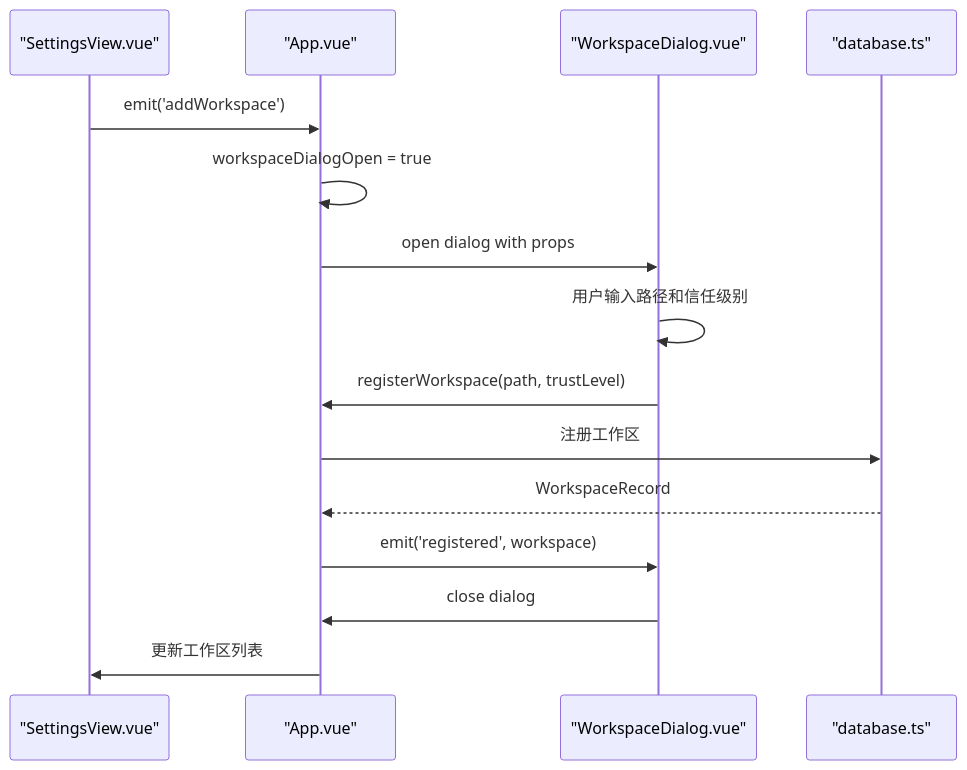
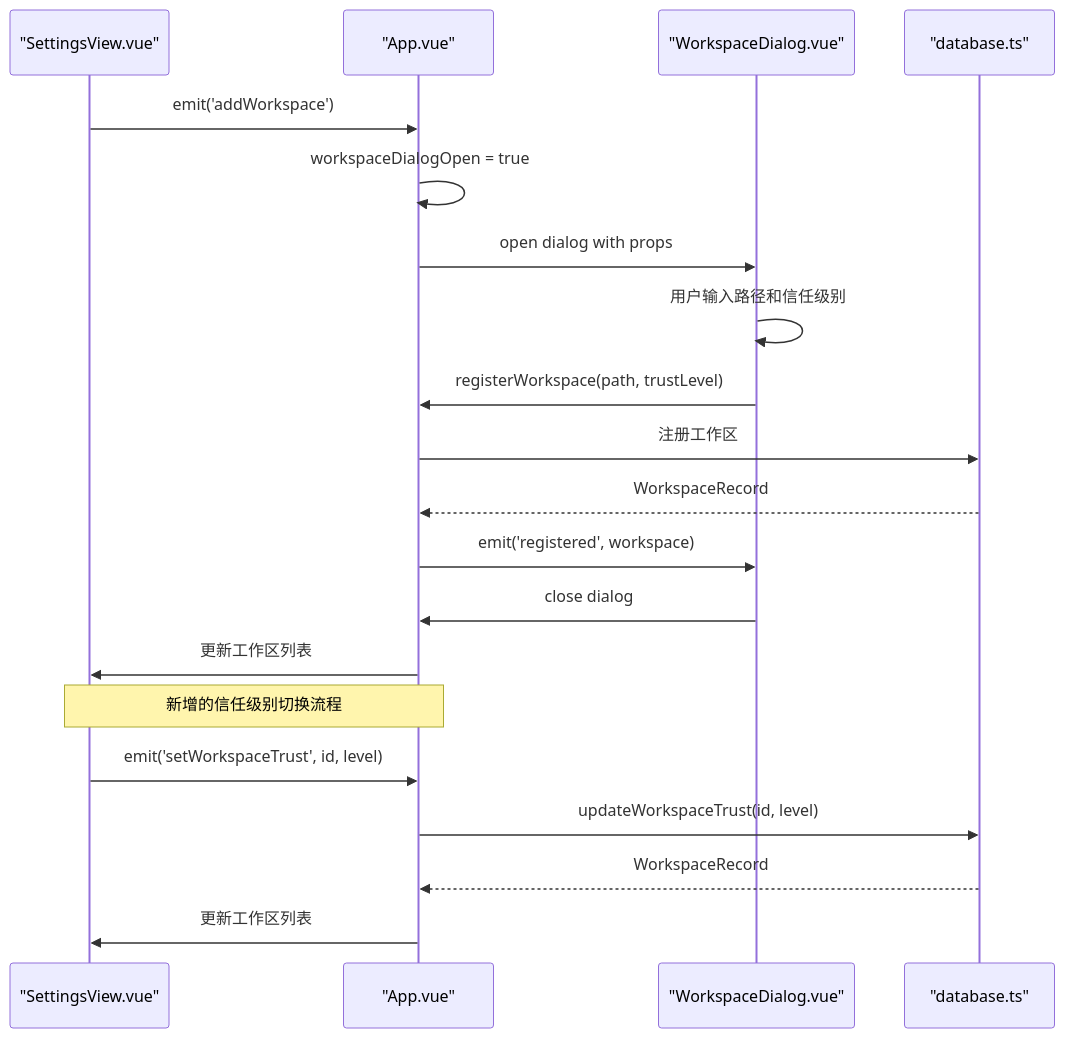
One commit to dyx-9163/ai-aifar changed the fifth of 6 diagrams in .qoder/repowiki/zh/content/核心模块/渲染进程/设置面板.md. Above: the diagram before and after it, drawn with Mermaid. The commit also changed other lines of this file and 37 other files, not shown here.

````diff
--- a/.qoder/repowiki/zh/content/核心模块/渲染进程/设置面板.md
+++ b/.qoder/repowiki/zh/content/核心模块/渲染进程/设置面板.md
@@ -312,17 +329,22 @@
 ```mermaid
 sequenceDiagram
 participant SV as "SettingsView.vue"
 participant AD as "App.vue"
 participant WD as "WorkspaceDialog.vue"
 participant DB as "database.ts"
 SV->>AD : emit('addWorkspace')
 AD->>AD : workspaceDialogOpen = true
 AD->>WD : open dialog with props
 WD->>WD : 用户输入路径和信任级别
 WD->>AD : registerWorkspace(path, trustLevel)
 AD->>DB : 注册工作区
 DB-->>AD : WorkspaceRecord
 AD->>WD : emit('registered', workspace)
 WD->>AD : close dialog
 AD->>SV : 更新工作区列表
+Note over SV,AD : 新增的信任级别切换流程
+SV->>AD : emit('setWorkspaceTrust', id, level)
+AD->>DB : updateWorkspaceTrust(id, level)
+DB-->>AD : WorkspaceRecord
+AD->>SV : 更新工作区列表
 ```
````
